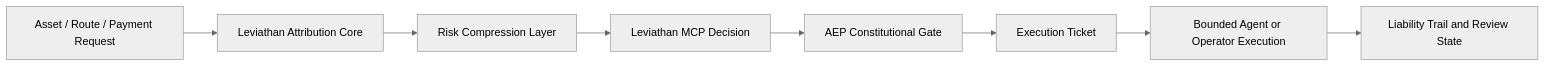
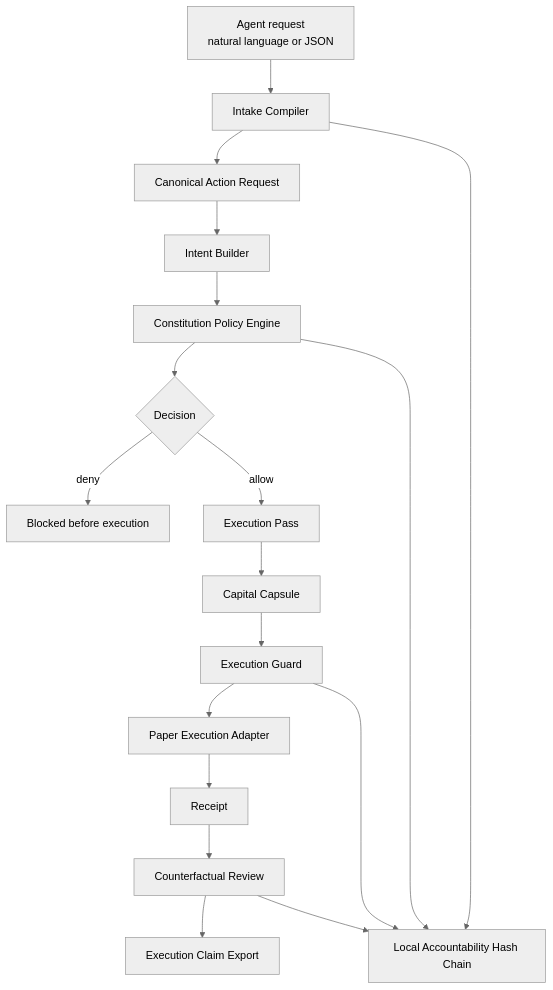
Before and after one commit to LeviathanMatrix/Leviathan-Frontier: the diagram in README.md, drawn with Mermaid (neutral theme). The commit also changed other lines of this file and 67 other files, not shown here.

Commit message:
open-source LeviathanMatrix AEP Open Core

````diff
--- a/README.md
+++ b/README.md
@@ -148,10 +216,20 @@
 ```mermaid
-flowchart LR
-    A["Asset / Route / Payment Request"] --> B["Leviathan Attribution Core"]
-    B --> C["Risk Compression Layer"]
-    C --> D["Leviathan MCP Decision"]
-    D --> E["AEP Constitutional Gate"]
-    E --> F["Execution Ticket"]
-    F --> G["Bounded Agent or Operator Execution"]
-    G --> H["Liability Trail and Review State"]
+flowchart TD
+    A["Agent request<br/>natural language or JSON"] --> B["Intake Compiler"]
+    B --> C["Canonical Action Request"]
+    C --> D["Intent Builder"]
+    D --> E["Constitution Policy Engine"]
+    E --> F{"Decision"}
+    F -->|deny| X["Blocked before execution"]
+    F -->|allow| G["Execution Pass"]
+    G --> H["Capital Capsule"]
+    H --> I["Execution Guard"]
+    I --> J["Paper Execution Adapter"]
+    J --> K["Receipt"]
+    K --> L["Counterfactual Review"]
+    L --> M["Execution Claim Export"]
+    B --> N["Local Accountability Hash Chain"]
+    E --> N
+    I --> N
+    L --> N
 ```
````
